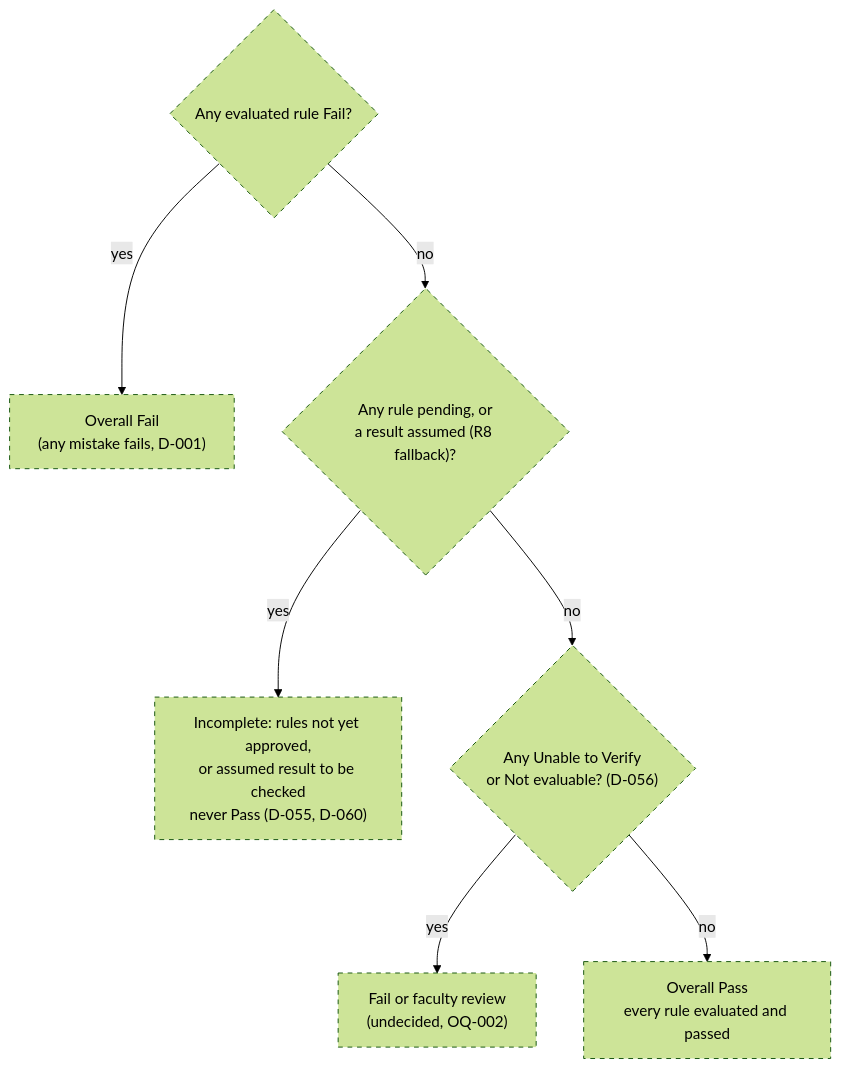
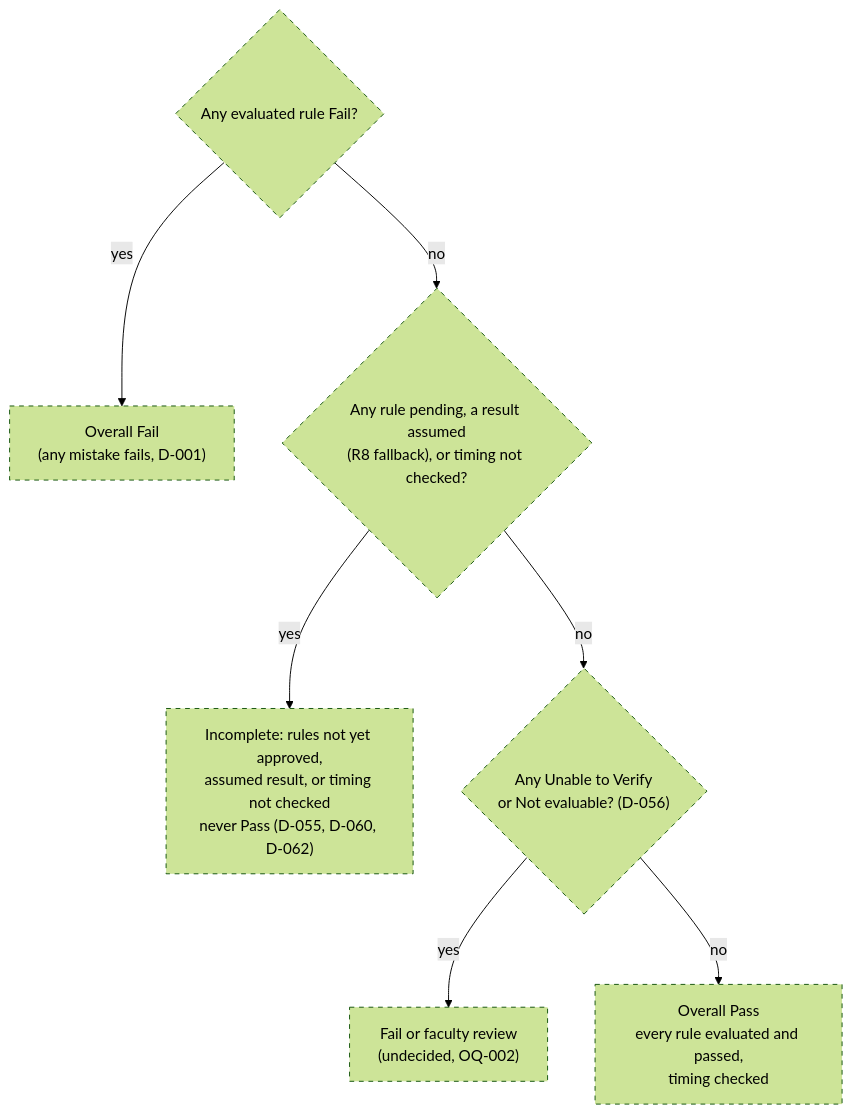
Before and after one commit to ananthu65/defibrillator_research: the eighth of 8 diagrams in docs/rule_engine/diagrams.md, drawn with Mermaid (forest theme). The commit also changed 8 other files, not shown here.

First line of the commit message:
docs(rules): record unapproved-limit and unchecked-timing decisions

````diff
--- a/docs/rule_engine/diagrams.md
+++ b/docs/rule_engine/diagrams.md
@@ -164,11 +164,11 @@
 ```mermaid
 flowchart TD
     A{"Any evaluated rule Fail?"} -->|yes| F["Overall Fail<br/>(any mistake fails, D-001)"]
-    A -->|no| PD{"Any rule pending, or<br/>a result assumed (R8 fallback)?"}
-    PD -->|yes| INC["Incomplete: rules not yet approved,<br/>or assumed result to be checked<br/>never Pass (D-055, D-060)"]
+    A -->|no| PD{"Any rule pending, a result assumed<br/>(R8 fallback), or timing not checked?"}
+    PD -->|yes| INC["Incomplete: rules not yet approved,<br/>assumed result, or timing not checked<br/>never Pass (D-055, D-060, D-062)"]
     PD -->|no| B{"Any Unable to Verify<br/>or Not evaluable? (D-056)"}
     B -->|yes| U["Fail or faculty review<br/>(undecided, OQ-002)"]
-    B -->|no| P["Overall Pass<br/>every rule evaluated and passed"]
+    B -->|no| P["Overall Pass<br/>every rule evaluated and passed,<br/>timing checked"]
     classDef planned stroke-dasharray: 5 5
     class A,PD,INC,B,F,U,P planned
 ```
````
